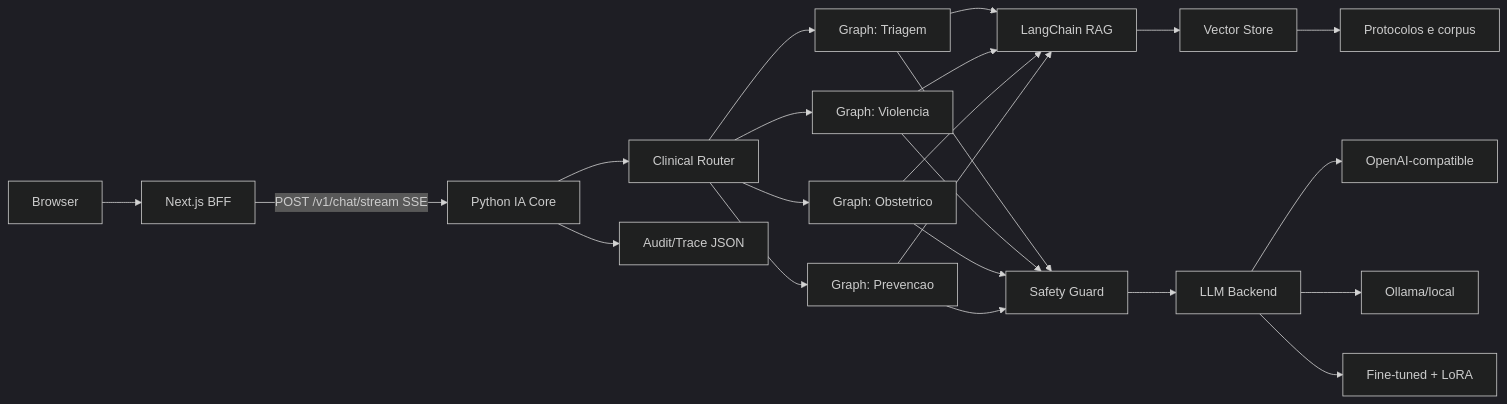
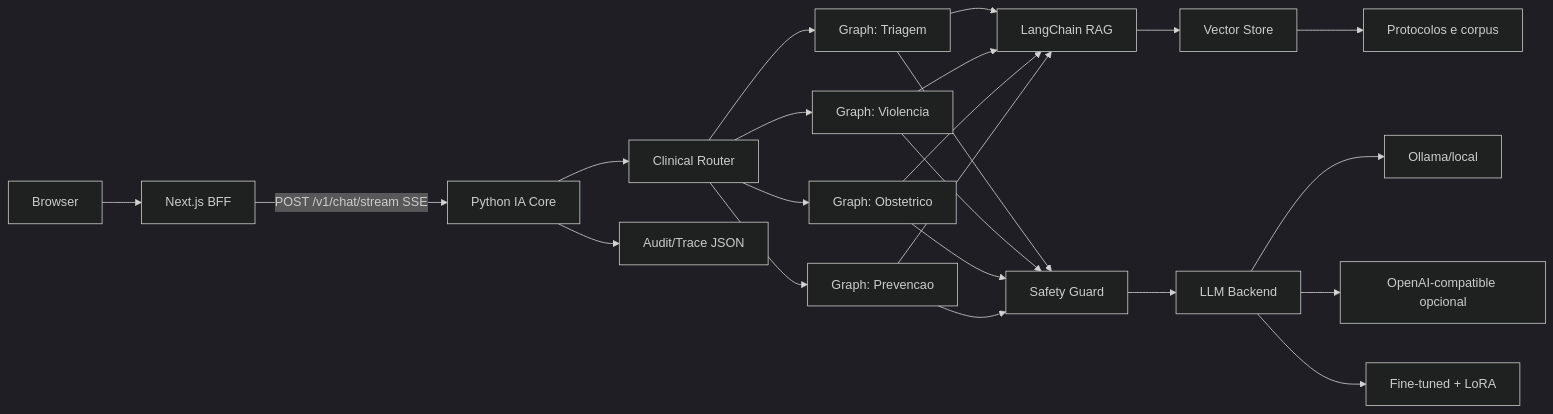
The first of 5 diagrams in docs/sdd/ia-core/design.md (vinicius707/tech-challenge-fase-3-8IADT), drawn with Mermaid (dark theme) before and after one commit. The commit also changed other lines of this file and 4 other files, not shown here.

````diff
--- a/docs/sdd/ia-core/design.md
+++ b/docs/sdd/ia-core/design.md
@@ -5,25 +5,25 @@
 ```mermaid
 flowchart LR
   browser[Browser] --> next[Next.js BFF]
   next -->|POST /v1/chat/stream SSE| py[Python IA Core]
   py --> router[Clinical Router]
   router --> triage[Graph: Triagem]
   router --> violence[Graph: Violencia]
   router --> obstetric[Graph: Obstetrico]
   router --> prevention[Graph: Prevencao]
   triage --> rag[LangChain RAG]
   violence --> rag
   obstetric --> rag
   prevention --> rag
   rag --> vector[Vector Store]
   vector --> kb[Protocolos e corpus]
   triage --> safety[Safety Guard]
   violence --> safety
   obstetric --> safety
   prevention --> safety
   safety --> llm[LLM Backend]
-  llm --> openai[OpenAI-compatible]
   llm --> ollama[Ollama/local]
+  llm --> openai[OpenAI-compatible opcional]
   llm --> tuned[Fine-tuned + LoRA]
   py --> audit[Audit/Trace JSON]
 ```
````
